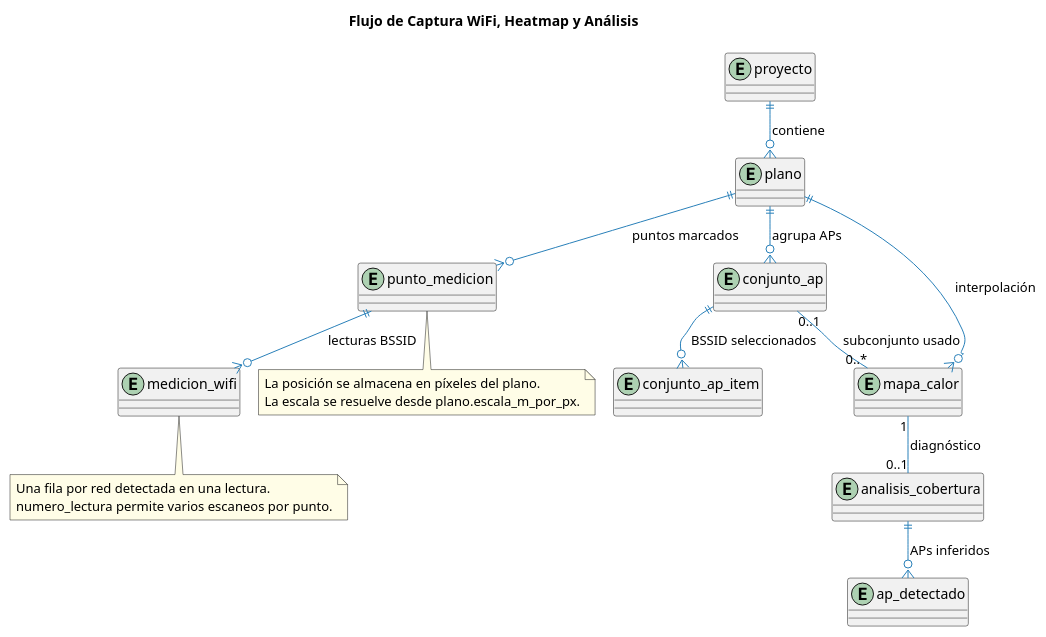
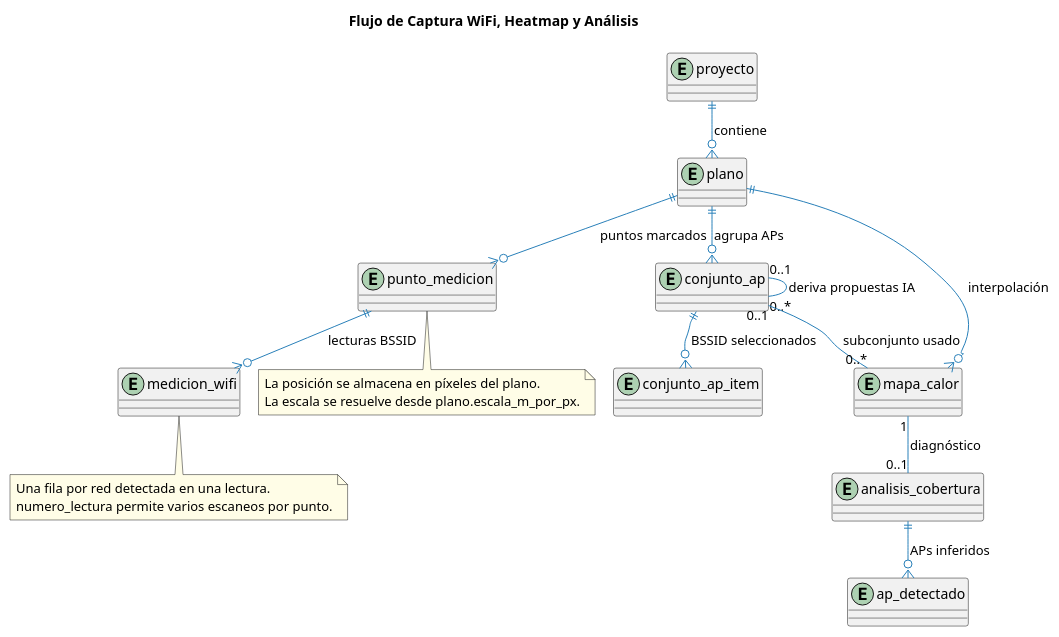
The third of 5 diagrams in docs/ONLINE/PLAN-IMPLEMENTACION/19-modelo-base-datos-implementado.md (borysinho/wireless-heatmapper), drawn with PlantUML before and after one commit. The commit also changed other lines of this file and 10 other files, not shown here.

````diff
--- a/docs/ONLINE/PLAN-IMPLEMENTACION/19-modelo-base-datos-implementado.md
+++ b/docs/ONLINE/PLAN-IMPLEMENTACION/19-modelo-base-datos-implementado.md
@@ -477,43 +480,44 @@
 ```plantuml
 @startuml
 !pragma layout smetana
 title Flujo de Captura WiFi, Heatmap y Análisis
 
 skinparam entityBackgroundColor #EBF5FB
 skinparam entityBorderColor #2980B9
 skinparam entityHeaderBackgroundColor #2980B9
 skinparam entityHeaderFontColor white
 skinparam arrowColor #2980B9
 skinparam noteBackgroundColor #FFFDE7
 
 entity "proyecto" as PROYECTO
 entity "plano" as PLANO
 entity "punto_medicion" as PUNTO
 entity "medicion_wifi" as MEDICION
 entity "conjunto_ap" as CONJUNTO
 entity "conjunto_ap_item" as ITEM
 entity "mapa_calor" as MAPA
 entity "analisis_cobertura" as ANALISIS
 entity "ap_detectado" as AP
 
 PROYECTO ||--o{ PLANO : "contiene"
 PLANO ||--o{ PUNTO : "puntos marcados"
 PUNTO ||--o{ MEDICION : "lecturas BSSID"
 PLANO ||--o{ CONJUNTO : "agrupa APs"
+CONJUNTO "0..1" -- "0..*" CONJUNTO : "deriva propuestas IA"
 CONJUNTO ||--o{ ITEM : "BSSID seleccionados"
 PLANO ||--o{ MAPA : "interpolación"
 CONJUNTO "0..1" -- "0..*" MAPA : "subconjunto usado"
 MAPA "1" -- "0..1" ANALISIS : "diagnóstico"
 ANALISIS ||--o{ AP : "APs inferidos"
 
 note bottom of PUNTO
   La posición se almacena en píxeles del plano.
   La escala se resuelve desde plano.escala_m_por_px.
 end note
 
 note bottom of MEDICION
   Una fila por red detectada en una lectura.
   numero_lectura permite varios escaneos por punto.
 end note
 @enduml
 ```
````
